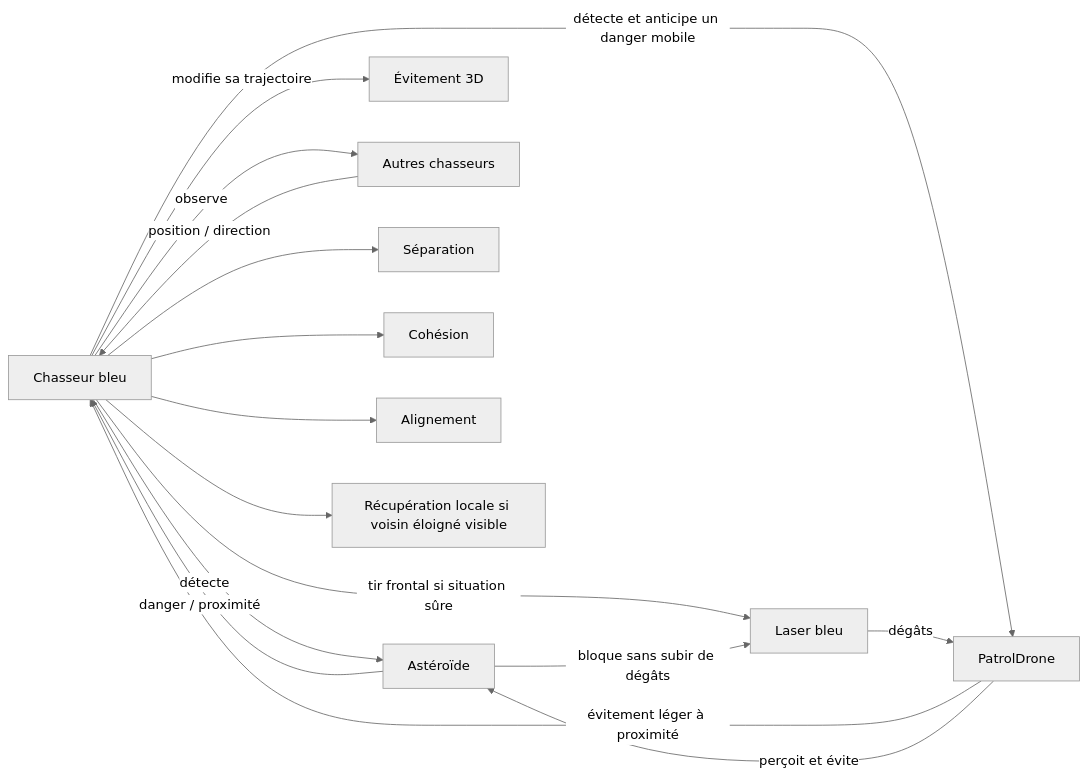
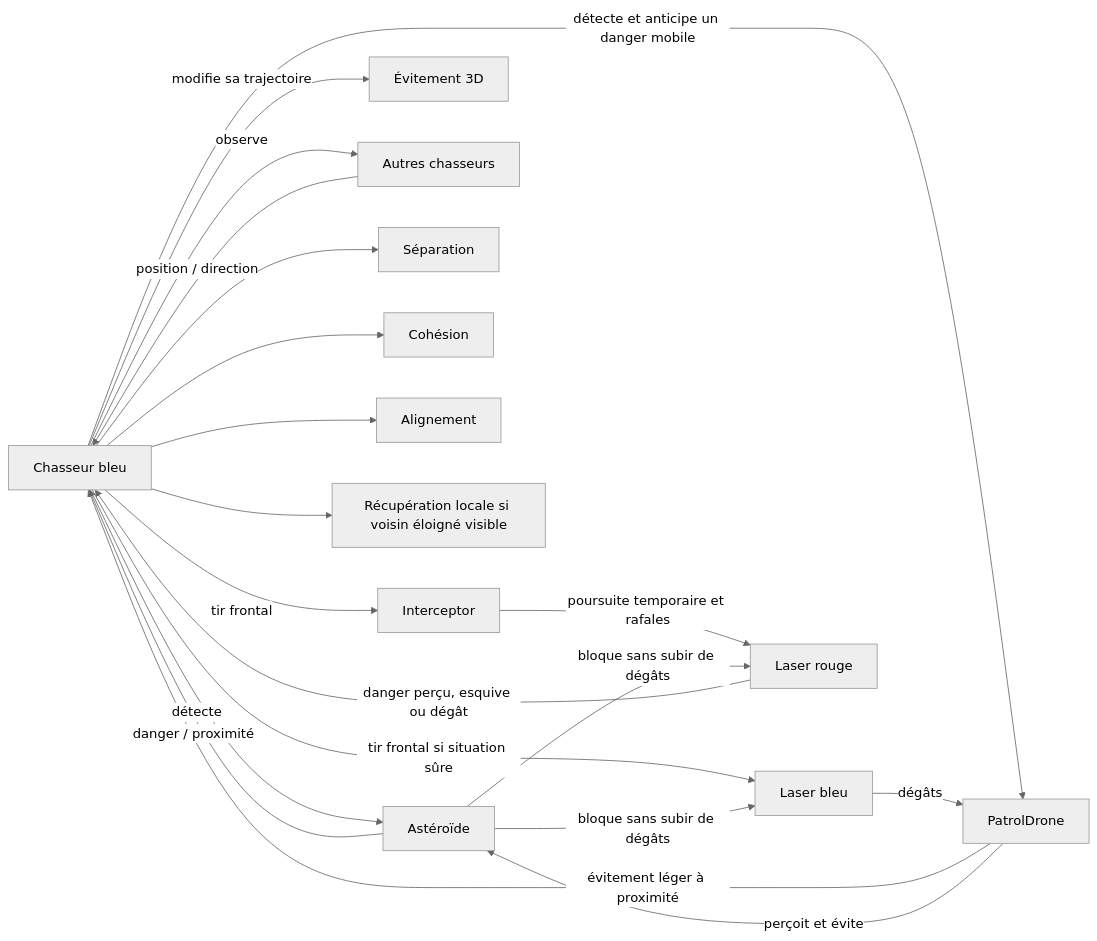
Before and after one commit to Hoarau-arnaud/Godot_M2_ILIADE: the fifth of 6 diagrams in RAPPORT.md, drawn with Mermaid (neutral theme). The commit also changed other lines of this file and 16 other files, not shown here.

````diff
--- a/RAPPORT.md
+++ b/RAPPORT.md
@@ -267,20 +329,24 @@
 ```mermaid
 flowchart LR
     A[Chasseur bleu] -->|détecte| B[Astéroïde]
     B -->|danger / proximité| A
     A -->|modifie sa trajectoire| C[Évitement 3D]
 
     A -->|observe| D[Autres chasseurs]
     D -->|position / direction| A
 
     A --> E[Séparation]
     A --> F[Cohésion]
     A --> G[Alignement]
     A --> H[Récupération locale si voisin éloigné visible]
     A -->|détecte et anticipe un danger mobile| I[PatrolDrone]
     I -->|évitement léger à proximité| A
     I -->|perçoit et évite| B
     A -->|tir frontal si situation sûre| J[Laser bleu]
     J -->|dégâts| I
     B -->|bloque sans subir de dégâts| J
+    A -->|tir frontal| K[Interceptor]
+    K -->|poursuite temporaire et rafales| L[Laser rouge]
+    L -->|danger perçu, esquive ou dégât| A
+    B -->|bloque sans subir de dégâts| L
 ```
````
